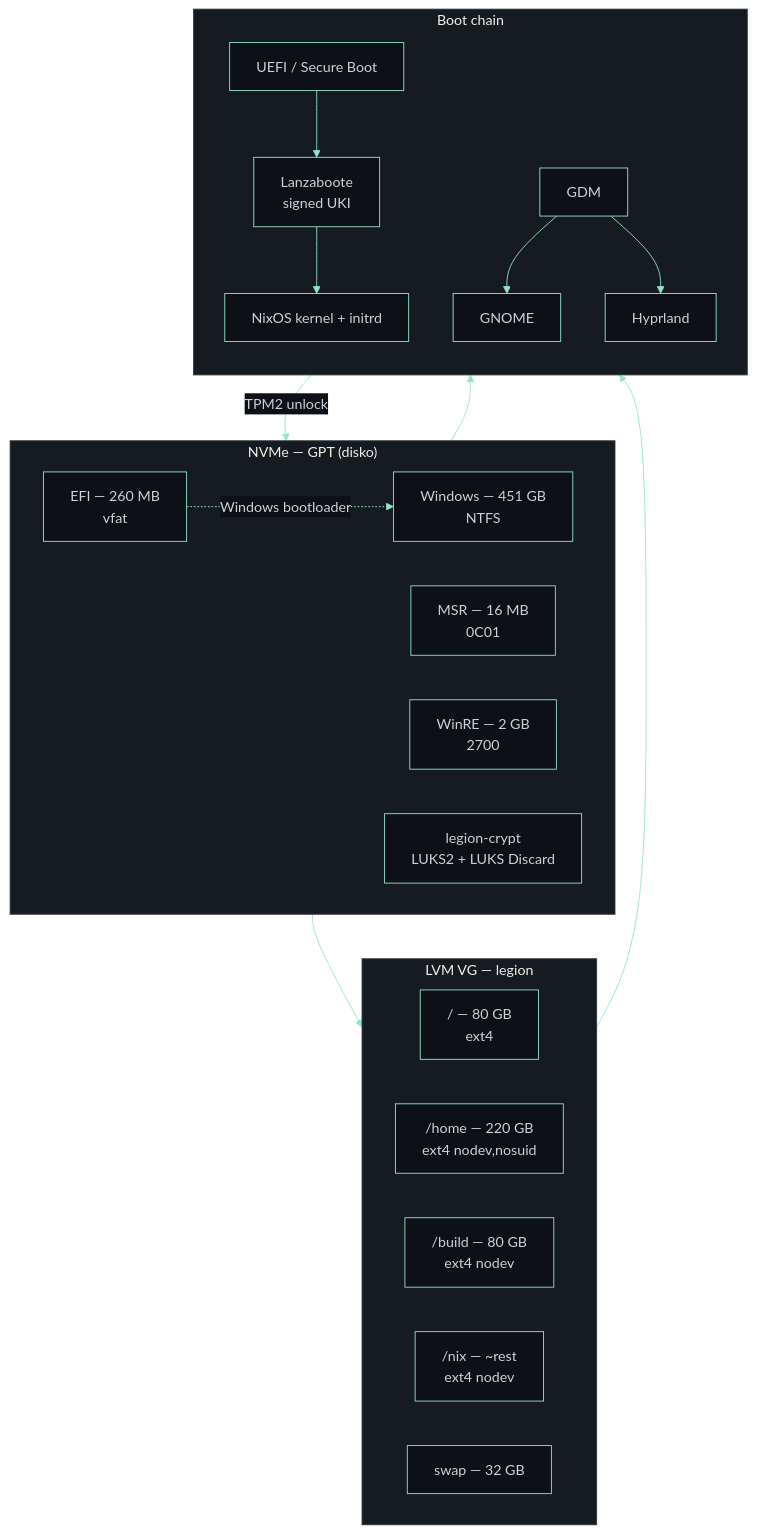
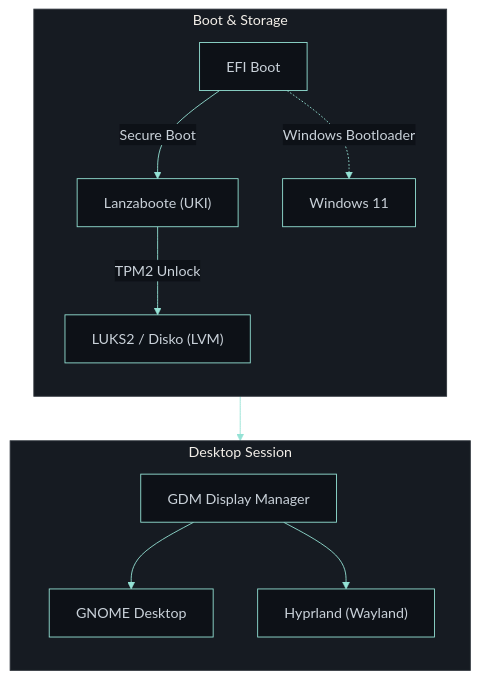
The diagram in README.md (RomeoCavazza/nixos-config), drawn with Mermaid before and after one commit.

Commit message:
docs: simplify mermaid boot/desktop diagram to be clean and high-level

````diff
--- a/README.md
+++ b/README.md
@@ -33,41 +33,17 @@
 ```mermaid
 %%{init: {'theme': 'base', 'themeVariables': { 'primaryColor': '#161b22', 'secondaryColor': '#0d1117', 'tertiaryColor': '#0d1117', 'primaryBorderColor': '#94e2d5', 'lineColor': '#94e2d5', 'primaryTextColor': '#c9d1d9', 'mainBkg': '#0d1117', 'clusterBkg': '#161b22', 'clusterBorder': '#30363d' }}}%%
 flowchart TB
-  subgraph DISK["NVMe — GPT (disko)"]
-    direction LR
-    ESP["EFI — 260 MB\nvfat"]
-    MSR["MSR — 16 MB\n0C01"]
-    WIN["Windows — 451 GB\nNTFS"]
-    WINRE["WinRE — 2 GB\n2700"]
-    LUKS["legion-crypt\nLUKS2 + LUKS Discard"]
+  subgraph BOOT ["Boot & Storage"]
+    direction TB
+    ESP["EFI Boot"] -->|"Secure Boot"| LB["Lanzaboote (UKI)"]
+    ESP -.->|"Windows Bootloader"| WIN["Windows 11"]
+    LB -->|"TPM2 Unlock"| LUKS["LUKS2 / Disko (LVM)"]
   end
 
-  subgraph LVM["LVM VG — legion"]
-    direction LR
-    ROOT["/  — 80 GB\next4"]
-    HOME["/home  — 220 GB\next4 nodev,nosuid"]
-    BUILD["/build  — 80 GB\next4 nodev"]
-    NIX["/nix  — ~rest\next4 nodev"]
-    SWAP["swap  — 32 GB"]
+  subgraph SESSION ["Desktop Session"]
+    direction TB
+    LUKS --> GDM["GDM Display Manager"]
+    GDM --> GNOME["GNOME Desktop"]
+    GDM --> HYPR["Hyprland (Wayland)"]
   end
-
-  subgraph BOOT["Boot chain"]
-    direction TB
-    UEFI["UEFI / Secure Boot"]
-    LB["Lanzaboote\nsigned UKI"]
-    NixKernel["NixOS kernel + initrd"]
-    GDM["GDM"]
-    GNOME["GNOME"]
-    Hyprland["Hyprland"]
-  end
-
-  ESP --> UEFI
-  UEFI --> LB
-  LB --> NixKernel
-  NixKernel -->|"TPM2 unlock"| LUKS
-  LUKS --> LVM
-  LVM --> GDM
-  GDM --> GNOME
-  GDM --> Hyprland
-  ESP -.->|"Windows bootloader"| WIN
 ```
````
